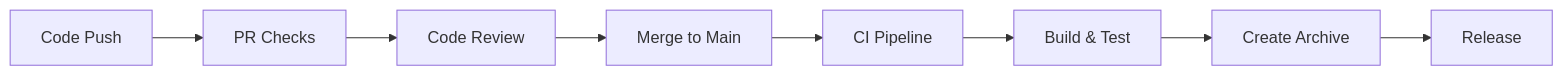
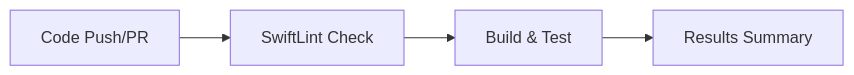
The diagram in README.md (muhAzri/PokedexPocket), drawn with Mermaid before and after one commit. The commit also changed other lines of this file and 4 other files, not shown here.

````diff
--- a/README.md
+++ b/README.md
@@ -1050,10 +1048,6 @@
 ```mermaid
 graph LR
-    A[Code Push] --> B[PR Checks]
-    B --> C[Code Review]
-    C --> D[Merge to Main]
-    D --> E[CI Pipeline]
-    E --> F[Build & Test]
-    F --> G[Create Archive]
-    G --> H[Release]
+    A[Code Push/PR] --> B[SwiftLint Check]
+    B --> C[Build & Test]
+    C --> D[Results Summary]
 ```
````
